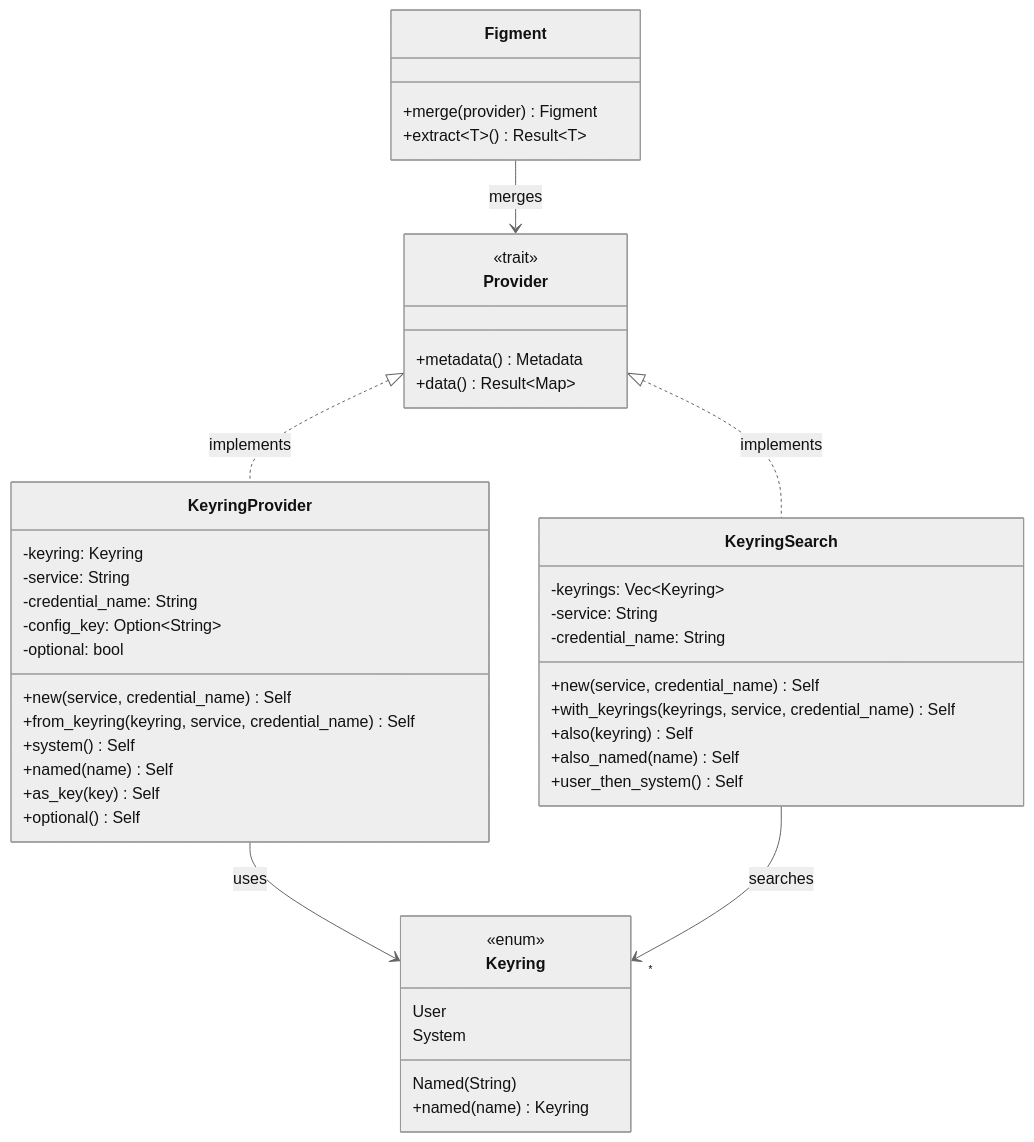
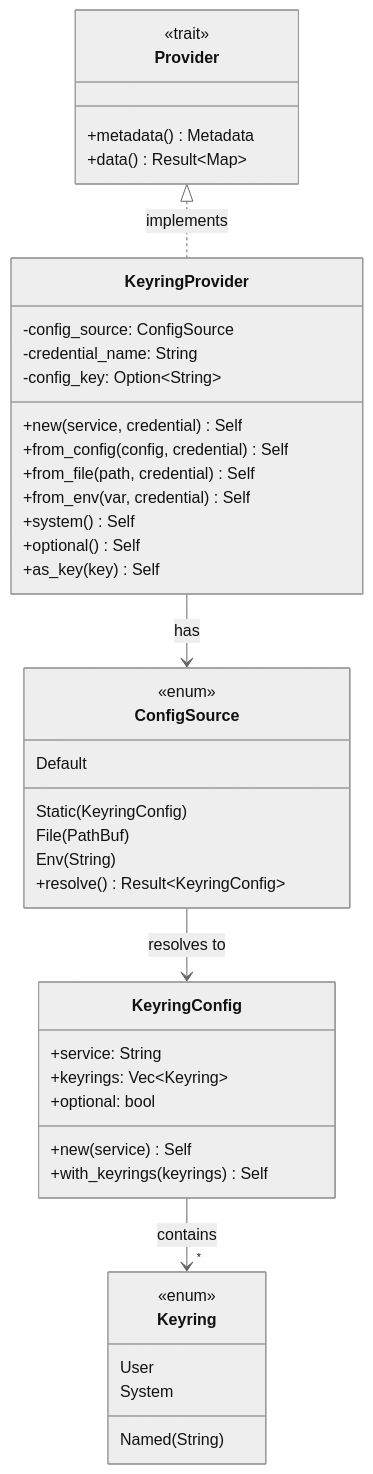
The second of 4 diagrams in doc/review/design-rewrite.opus.md (rektide/figment-keyring), drawn with Mermaid (neutral theme) before and after one commit. The commit also changed other lines of this file and 1 other file, not shown here.

````diff
--- a/doc/review/design-rewrite.opus.md
+++ b/doc/review/design-rewrite.opus.md
@@ -29,54 +474,52 @@
 ```mermaid
 classDiagram
     direction TB
-    
-    class Figment {
-        +merge(provider) Figment
-        +extract~T~() Result~T~
-    }
     
     class Provider {
         <<trait>>
         +metadata() Metadata
         +data() Result~Map~
     }
     
+    class KeyringProvider {
+        -config_source: ConfigSource
+        -credential_name: String
+        -config_key: Option~String~
+        +new(service, credential) Self
+        +from_config(config, credential) Self
+        +from_file(path, credential) Self
+        +from_env(var, credential) Self
+        +system() Self
+        +optional() Self
+        +as_key(key) Self
+    }
+    
+    class ConfigSource {
+        <<enum>>
+        Static(KeyringConfig)
+        File(PathBuf)
+        Env(String)
+        Default
+        +resolve() Result~KeyringConfig~
+    }
+    
+    class KeyringConfig {
+        +service: String
+        +keyrings: Vec~Keyring~
+        +optional: bool
+        +new(service) Self
+        +with_keyrings(keyrings) Self
+    }
+    
     class Keyring {
         <<enum>>
         User
         System
         Named(String)
-        +named(name) Keyring
-    }
-    
-    class KeyringProvider {
-        -keyring: Keyring
-        -service: String
-        -credential_name: String
-        -config_key: Option~String~
-        -optional: bool
-        +new(service, credential_name) Self
-        +from_keyring(keyring, service, credential_name) Self
-        +system() Self
-        +named(name) Self
-        +as_key(key) Self
-        +optional() Self
-    }
-    
-    class KeyringSearch {
-        -keyrings: Vec~Keyring~
-        -service: String
-        -credential_name: String
-        +new(service, credential_name) Self
-        +with_keyrings(keyrings, service, credential_name) Self
-        +also(keyring) Self
-        +also_named(name) Self
-        +user_then_system() Self
     }
     
     Provider <|.. KeyringProvider : implements
-    Provider <|.. KeyringSearch : implements
-    KeyringProvider --> Keyring : uses
-    KeyringSearch --> "*" Keyring : searches
-    Figment --> Provider : merges
+    KeyringProvider --> ConfigSource : has
+    ConfigSource --> KeyringConfig : resolves to
+    KeyringConfig --> "*" Keyring : contains
 ```
````
